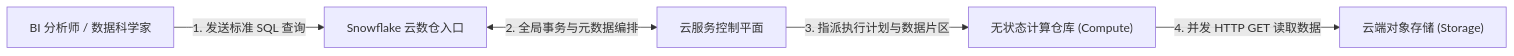
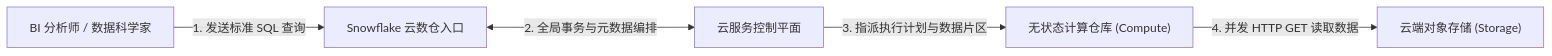
One commit to koosai/AI-Architect-Learning changed the third of 7 diagrams in docs/atlas/snowflake.mdx. Above: the diagram before and after it, drawn with Mermaid. The commit also changed other lines of this file and 68 other files, not shown here.

Commit message:
fix(atlas): fix browser client-side Mermaid rendering for mindmaps and flowcharts across 67 case studies

````diff
--- a/docs/atlas/snowflake.mdx
+++ b/docs/atlas/snowflake.mdx
@@ -113,7 +113,7 @@
 ```mermaid
 graph LR
   User["BI 分析师 / 数据科学家"] -->|1. 发送标准 SQL 查询| Snowflake_Endpoint["Snowflake 云数仓入口"]
-  Snowflake_Endpoint <-->|2. 全局事务与元数据编排| Cloud_Services["云服务控制平面"]
+  Snowflake_Endpoint <--->|2. 全局事务与元数据编排| Cloud_Services["云服务控制平面"]
   Cloud_Services -->|3. 指派执行计划与数据片区| Virtual_Warehouse["无状态计算仓库 (Compute)"]
   Virtual_Warehouse -->|4. 并发 HTTP GET 读取数据| Object_Store["云端对象存储 (Storage)"]
 ```
````
